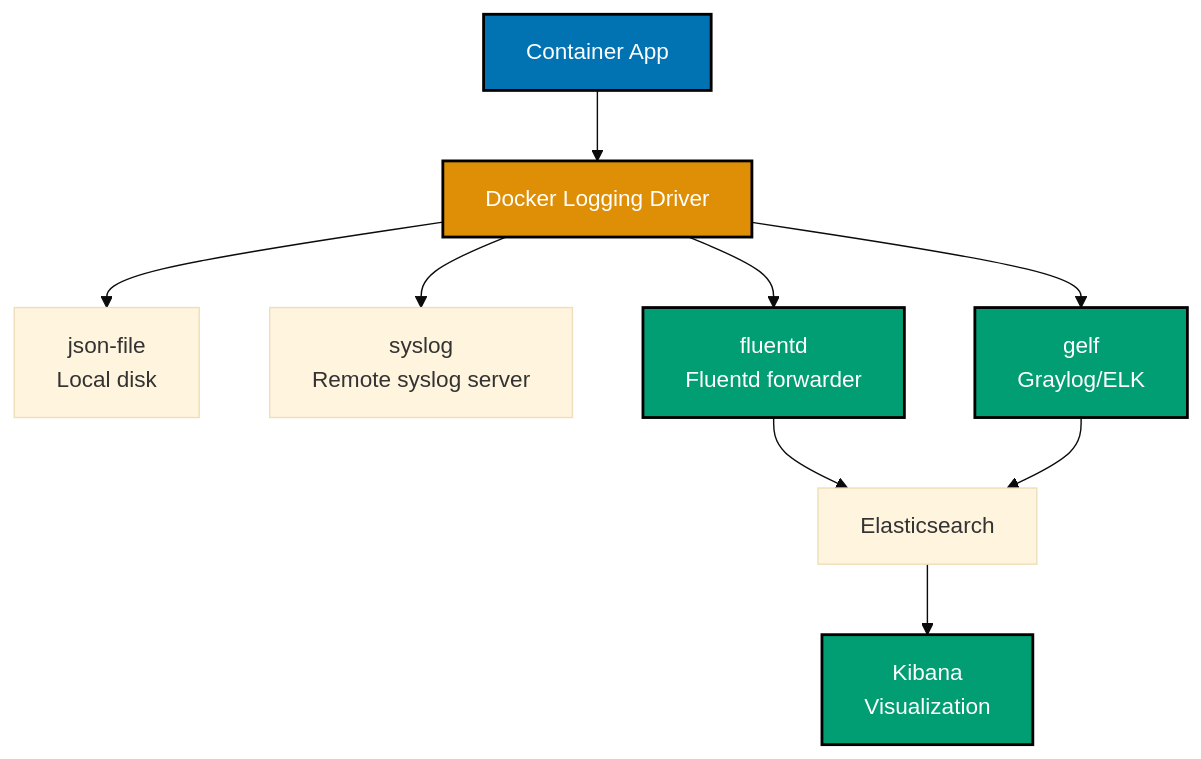
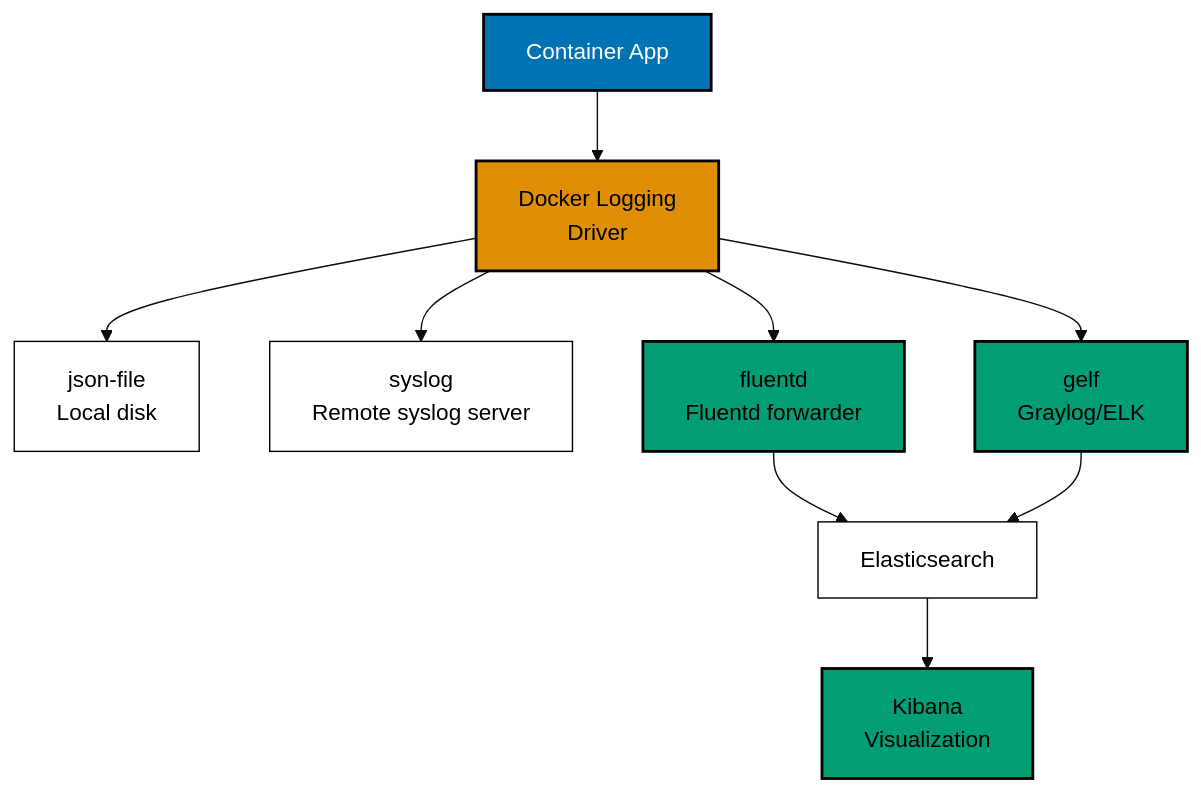
One commit to wahidyankf/ose-public changed the ninth of 11 diagrams in apps/ayokoding-www/content/en/learn/legacy/software-engineering/infrastructure/tools/docker/by-example/intermediate.md. Above: the diagram before and after it, drawn with Mermaid (base theme). The commit also changed other lines of this file and 131 other files, not shown here.

First line of the commit message:
fix(mermaid): bring the legacy data, infrastructure, and testing diagrams onto the accessible palette

````diff
--- a/apps/ayokoding-www/content/en/learn/legacy/software-engineering/infrastructure/tools/docker/by-example/intermediate.md
+++ b/apps/ayokoding-www/content/en/learn/legacy/software-engineering/infrastructure/tools/docker/by-example/intermediate.md
@@ -1752,19 +1799,25 @@
 ```mermaid
 %% Color Palette: Blue #0173B2, Orange #DE8F05, Teal #029E73, Purple #CC78BC, Brown #CA9161
 %% Logging drivers flow
 graph TD
- A["Container App"] --> B["Docker Logging Driver"]
+ accTitle: Example 38: Logging Drivers
+ accDescr: Graph with 8 nodes and 8 connections. Nodes: Container App, Docker Logging Driver, json-file Local disk, syslog Remote syslog server, fluentd Fluentd forwarder, gelf Graylog/ELK, Elasticsearch, Kibana Visualization. Connections: Container App to Docker Logging Driver, Docker Logging Driver to json-file Local disk, Docker Logging Driver to syslog Remote syslog server, Docker Logging Driver to fluentd Fluentd forwarder, Docker Logging Driver to gelf Graylog/ELK, fluentd Fluentd forwarder to Elasticsearch, gelf Graylog/ELK to Elasticsearch, Elasticsearch to Kibana Visualization.
+ A["Container App"] --> B["Docker Logging<br/>Driver"]
  B --> C1["json-file<br/>Local disk"]
  B --> C2["syslog<br/>Remote syslog server"]
  B --> C3["fluentd<br/>Fluentd forwarder"]
  B --> C4["gelf<br/>Graylog/ELK"]
  C3 --> D["Elasticsearch"]
  C4 --> D
  D --> E["Kibana<br/>Visualization"]
 
- style A fill:#0173B2,stroke:#000000,stroke-width:2px,color:#fff
- style B fill:#DE8F05,stroke:#000000,stroke-width:2px,color:#fff
- style C3 fill:#029E73,stroke:#000000,stroke-width:2px,color:#fff
- style C4 fill:#029E73,stroke:#000000,stroke-width:2px,color:#fff
- style E fill:#029E73,stroke:#000000,stroke-width:2px,color:#fff
+ classDef pal-0173B2 fill:#0173B2,stroke:#000000,color:#FFFFFF,stroke-width:2px
+ class A pal-0173B2
+ classDef pal-DE8F05 fill:#DE8F05,stroke:#000000,color:#000000,stroke-width:2px
+ class B pal-DE8F05
+ classDef pal-029E73 fill:#029E73,stroke:#000000,color:#000000,stroke-width:2px
+ class C3 pal-029E73
+ class C4 pal-029E73
+ class E pal-029E73
+ classDef default fill:#FFFFFF,stroke:#000000,color:#000000
 ```
````
